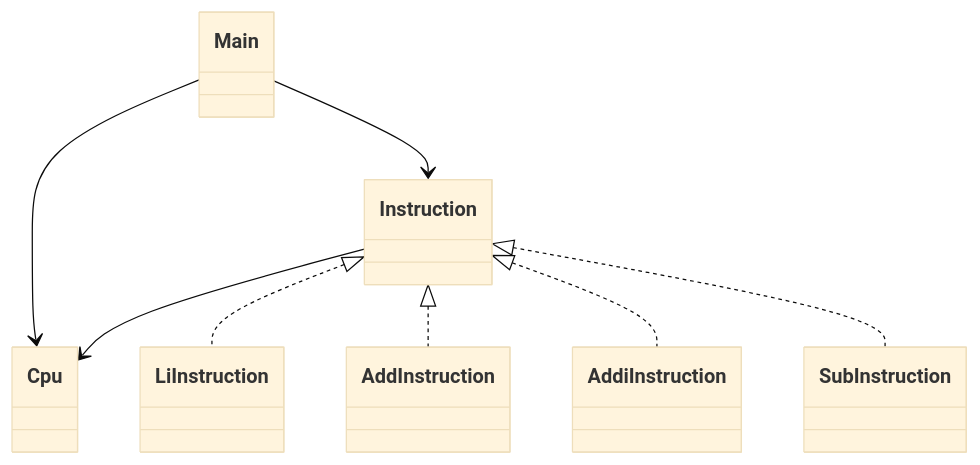
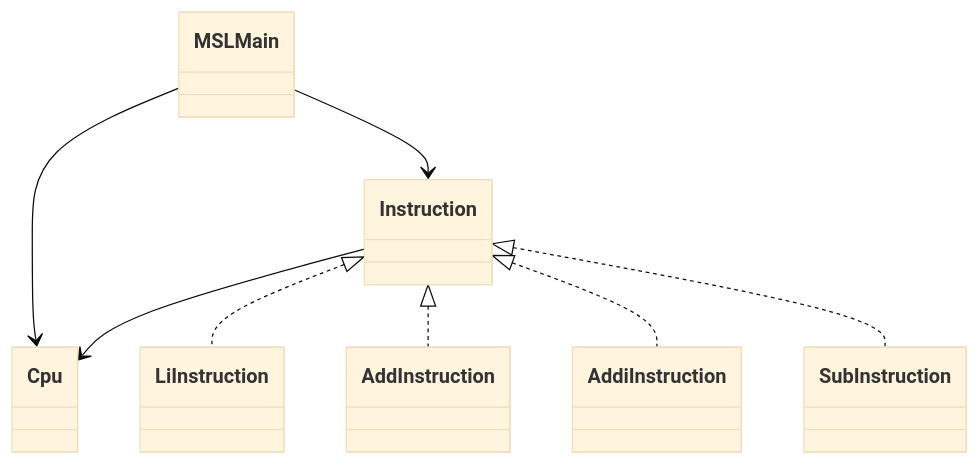
The diagram in README.md (mkunori/MipsStepLab), drawn with Mermaid (base theme) before and after one commit. The commit also changed other lines of this file, not shown here.

````diff
--- a/README.md
+++ b/README.md
@@ -52,19 +51,19 @@
 ```mermaid
 classDiagram
-  class Main
+  class MSLMain
   class Cpu
   class Instruction
   class LiInstruction
   class AddInstruction
   class AddiInstruction
   class SubInstruction
 
   Instruction <|.. LiInstruction
   Instruction <|.. AddInstruction
   Instruction <|.. AddiInstruction
   Instruction <|.. SubInstruction
 
-  Main --> Cpu
-  Main --> Instruction
+  MSLMain --> Cpu
+  MSLMain --> Instruction
   Instruction --> Cpu
 ```
````
